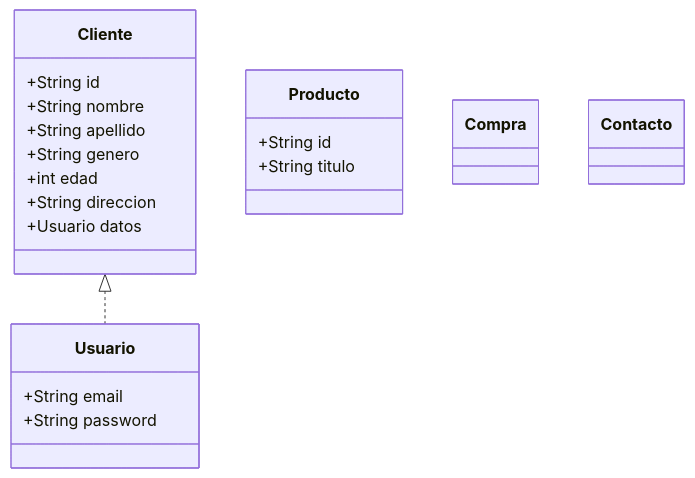
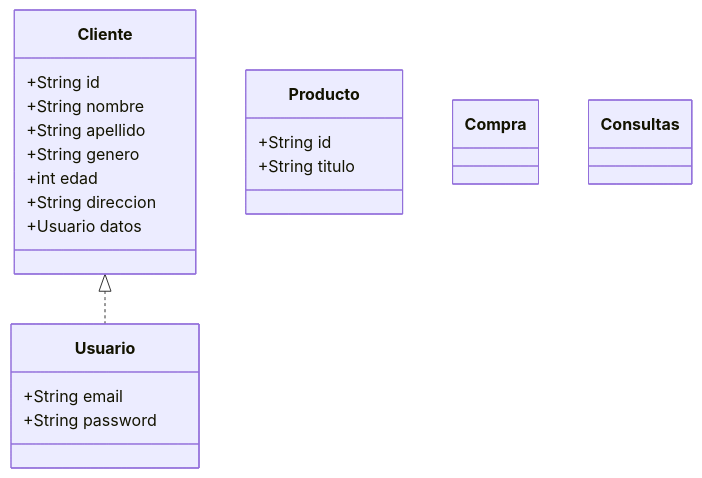
Before and after one commit to agustinyedro/cervezadackel: the diagram in README.md, drawn with Mermaid.

````diff
--- a/README.md
+++ b/README.md
@@ -46,27 +46,27 @@
 ```mermaid
 classDiagram
     Cliente <|.. Usuario
     class Cliente{
      +String id
      +String nombre
      +String apellido
      +String genero
      +int edad
      +String direccion
      +Usuario datos
     }
     class Usuario{
     +String email
     +String password
     }
 
     class Producto{
      +String id
      +String titulo
     }
 
     class Compra{
     }
-    class Contacto{
+    class Consultas{
     }
 ```
````
